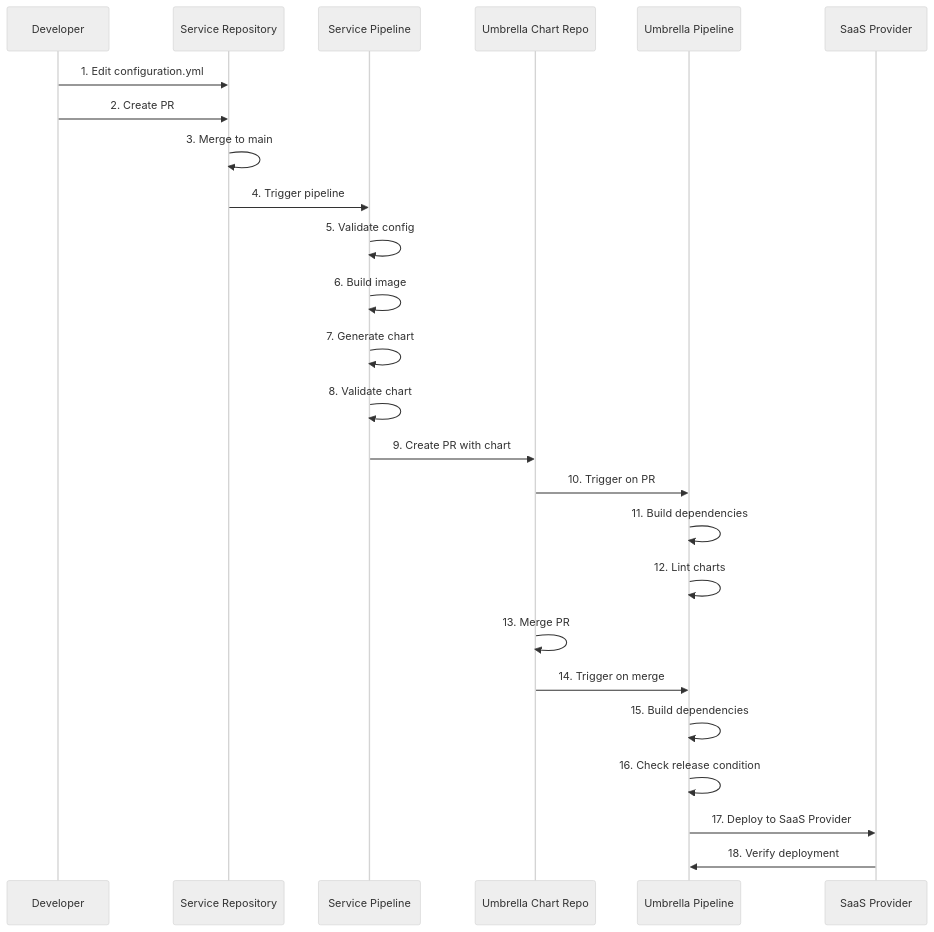
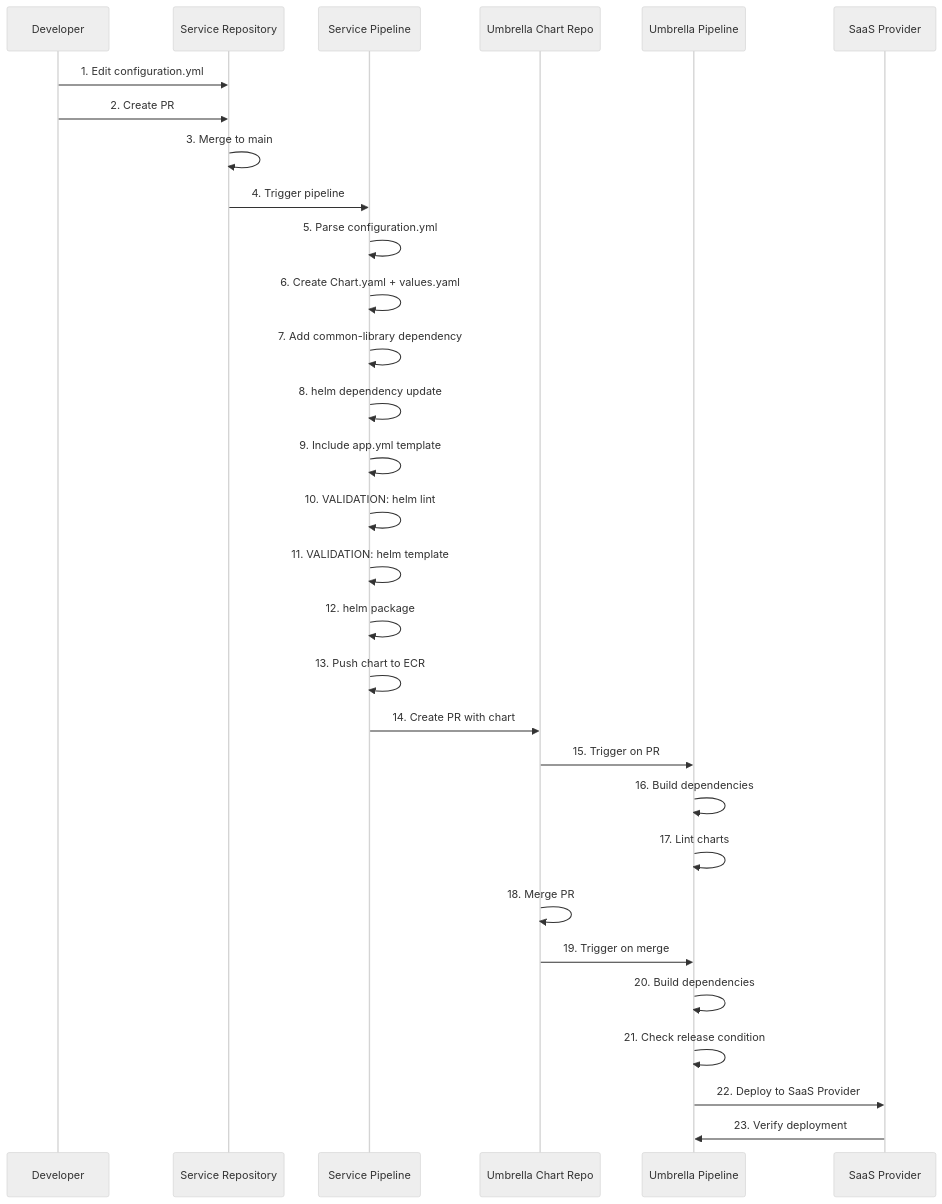
Before and after one commit to caretak3r/helm-factory: the fourth of 11 diagrams in ADR.md, drawn with Mermaid (neutral theme). The commit also changed other lines of this file, not shown here.

````diff
--- a/ADR.md
+++ b/ADR.md
@@ -383,31 +405,36 @@
 ```mermaid
 sequenceDiagram
     participant Dev as Developer
     participant ServiceRepo as Service Repository
     participant ServicePipeline as Service Pipeline
     participant UmbrellaRepo as Umbrella Chart Repo
     participant UmbrellaPipeline as Umbrella Pipeline
     participant SaaS as SaaS Provider
     
     Dev->>ServiceRepo: 1. Edit configuration.yml
     Dev->>ServiceRepo: 2. Create PR
     ServiceRepo->>ServiceRepo: 3. Merge to main
     
     ServiceRepo->>ServicePipeline: 4. Trigger pipeline
-    ServicePipeline->>ServicePipeline: 5. Validate config
-    ServicePipeline->>ServicePipeline: 6. Build image
-    ServicePipeline->>ServicePipeline: 7. Generate chart
-    ServicePipeline->>ServicePipeline: 8. Validate chart
-    ServicePipeline->>UmbrellaRepo: 9. Create PR with chart
+    ServicePipeline->>ServicePipeline: 5. Parse configuration.yml
+    ServicePipeline->>ServicePipeline: 6. Create Chart.yaml + values.yaml
+    ServicePipeline->>ServicePipeline: 7. Add common-library dependency
+    ServicePipeline->>ServicePipeline: 8. helm dependency update
+    ServicePipeline->>ServicePipeline: 9. Include app.yml template
+    ServicePipeline->>ServicePipeline: 10. VALIDATION: helm lint
+    ServicePipeline->>ServicePipeline: 11. VALIDATION: helm template
+    ServicePipeline->>ServicePipeline: 12. helm package
+    ServicePipeline->>ServicePipeline: 13. Push chart to ECR
+    ServicePipeline->>UmbrellaRepo: 14. Create PR with chart
     
-    UmbrellaRepo->>UmbrellaPipeline: 10. Trigger on PR
-    UmbrellaPipeline->>UmbrellaPipeline: 11. Build dependencies
-    UmbrellaPipeline->>UmbrellaPipeline: 12. Lint charts
+    UmbrellaRepo->>UmbrellaPipeline: 15. Trigger on PR
+    UmbrellaPipeline->>UmbrellaPipeline: 16. Build dependencies
+    UmbrellaPipeline->>UmbrellaPipeline: 17. Lint charts
     
-    UmbrellaRepo->>UmbrellaRepo: 13. Merge PR
-    UmbrellaRepo->>UmbrellaPipeline: 14. Trigger on merge
-    UmbrellaPipeline->>UmbrellaPipeline: 15. Build dependencies
-    UmbrellaPipeline->>UmbrellaPipeline: 16. Check release condition
-    UmbrellaPipeline->>SaaS: 17. Deploy to SaaS Provider
-    SaaS->>UmbrellaPipeline: 18. Verify deployment
+    UmbrellaRepo->>UmbrellaRepo: 18. Merge PR
+    UmbrellaRepo->>UmbrellaPipeline: 19. Trigger on merge
+    UmbrellaPipeline->>UmbrellaPipeline: 20. Build dependencies
+    UmbrellaPipeline->>UmbrellaPipeline: 21. Check release condition
+    UmbrellaPipeline->>SaaS: 22. Deploy to SaaS Provider
+    SaaS->>UmbrellaPipeline: 23. Verify deployment
 ```
````
